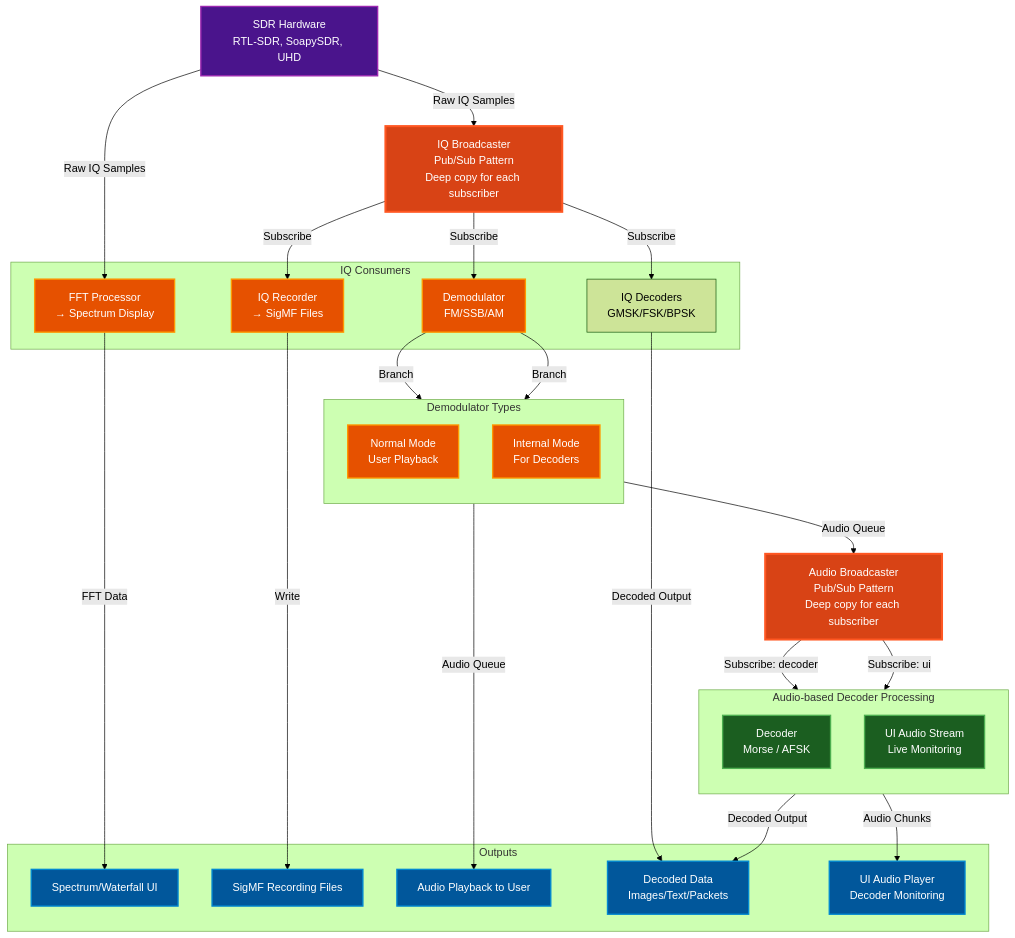
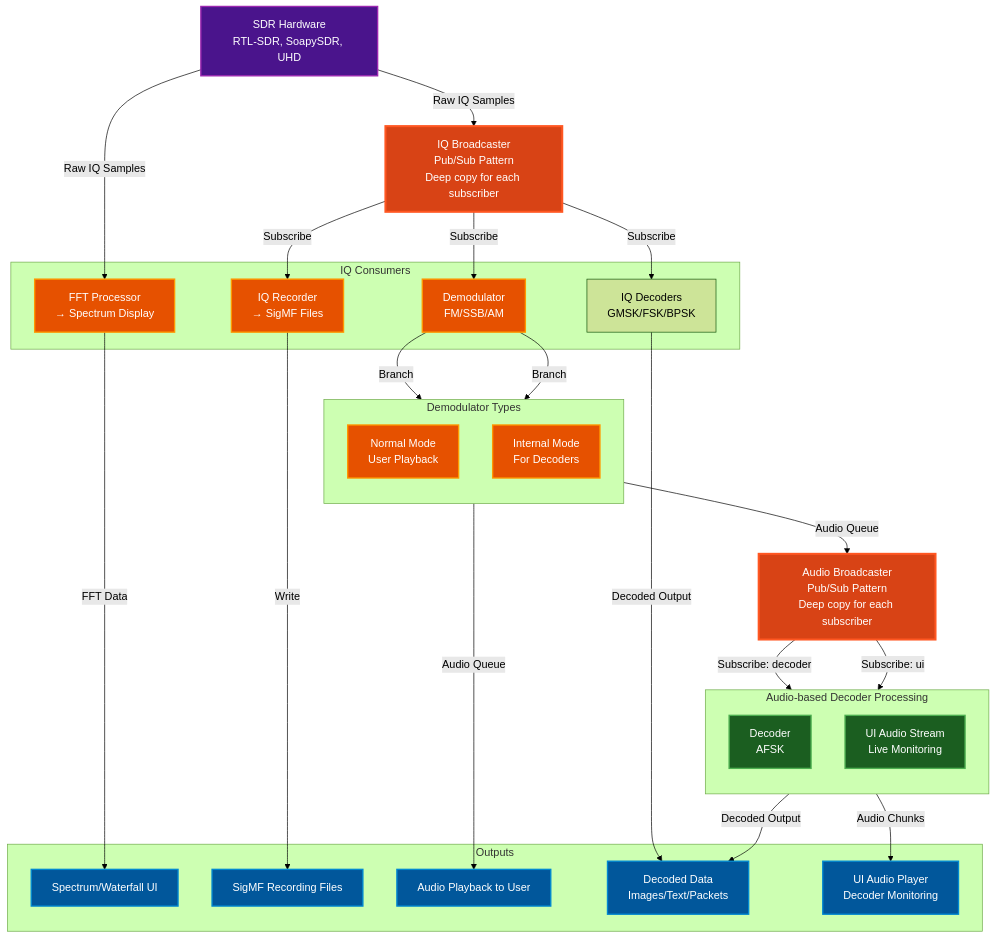
The second of 2 diagrams in README.md (OneByJorah/GroundStation), drawn with Mermaid (forest theme) before and after one commit. The commit also changed other lines of this file and 1 other file, not shown here.

Commit message:
Remove references to Morse/CW decoder from `AboutPage`, `README.md`, and diagrams; update planned and implemented features accordingly.

````diff
--- a/README.md
+++ b/README.md
@@ -230,77 +229,77 @@
 ```mermaid
 flowchart TB
     %% SDR Source
     SDR[SDR Hardware<br/>RTL-SDR, SoapySDR, UHD]
 
     %% IQ Broadcaster
     IQB[IQ Broadcaster<br/>Pub/Sub Pattern<br/>Deep copy for each subscriber]
 
     %% Primary Consumers
     subgraph Consumers["IQ Consumers"]
         FFT[FFT Processor<br/>→ Spectrum Display]
         REC[IQ Recorder<br/>→ SigMF Files]
         DEMOD[Demodulator<br/>FM/SSB/AM]
         IQDEC[IQ Decoders<br/>GMSK/FSK/BPSK]
     end
 
     %% Demodulator Branches
     subgraph DemodBranch["Demodulator Types"]
         direction TB
         NORM[Normal Mode<br/>User Playback]
         INT[Internal Mode<br/>For Decoders]
     end
 
     %% Audio Broadcaster for Internal Demodulators
     AUDIOB[Audio Broadcaster<br/>Pub/Sub Pattern<br/>Deep copy for each subscriber]
 
     %% Decoder Chain
     subgraph DecoderChain["Audio-based Decoder Processing"]
         direction TB
-        DEC[Decoder<br/>Morse / AFSK]
+        DEC[Decoder<br/>AFSK]
         UIAUDIO[UI Audio Stream<br/>Live Monitoring]
     end
 
     %% Output Destinations
     subgraph Outputs["Outputs"]
         SPECUI[Spectrum/Waterfall UI]
         SIGFILE[SigMF Recording Files]
         PLAYBACK[Audio Playback to User]
         DECOUT[Decoded Data<br/>Images/Text/Packets]
         AUDIOUI[UI Audio Player<br/>Decoder Monitoring]
     end
 
     %% Connections
     SDR -->|Raw IQ Samples| IQB
     SDR -->|Raw IQ Samples| FFT
     IQB -->|Subscribe| REC
     IQB -->|Subscribe| DEMOD
     IQB -->|Subscribe| IQDEC
 
     DEMOD -->|Branch| NORM
     DEMOD -->|Branch| INT
 
     NORM -->|Audio Queue| PLAYBACK
     INT -->|Audio Queue| AUDIOB
 
     AUDIOB -->|Subscribe: decoder| DEC
     AUDIOB -->|Subscribe: ui| UIAUDIO
 
     FFT -->|FFT Data| SPECUI
     REC -->|Write| SIGFILE
     DEC -->|Decoded Output| DECOUT
     IQDEC -->|Decoded Output| DECOUT
     UIAUDIO -->|Audio Chunks| AUDIOUI
 
     %% Styling
     classDef hardware fill:#4a148c,stroke:#9c27b0,stroke-width:2px,color:#ffffff
     classDef broadcaster fill:#d84315,stroke:#ff5722,stroke-width:3px,color:#ffffff
     classDef processor fill:#e65100,stroke:#ff9800,stroke-width:2px,color:#ffffff
     classDef output fill:#01579b,stroke:#0288d1,stroke-width:2px,color:#ffffff
     classDef decoder fill:#1b5e20,stroke:#4caf50,stroke-width:2px,color:#ffffff
 
     class SDR hardware
     class IQB,AUDIOB broadcaster
     class FFT,REC,DEMOD,NORM,INT processor
     class SPECUI,SIGFILE,PLAYBACK,DECOUT,AUDIOUI output
     class DEC,UIAUDIO decoder
 ```
````
